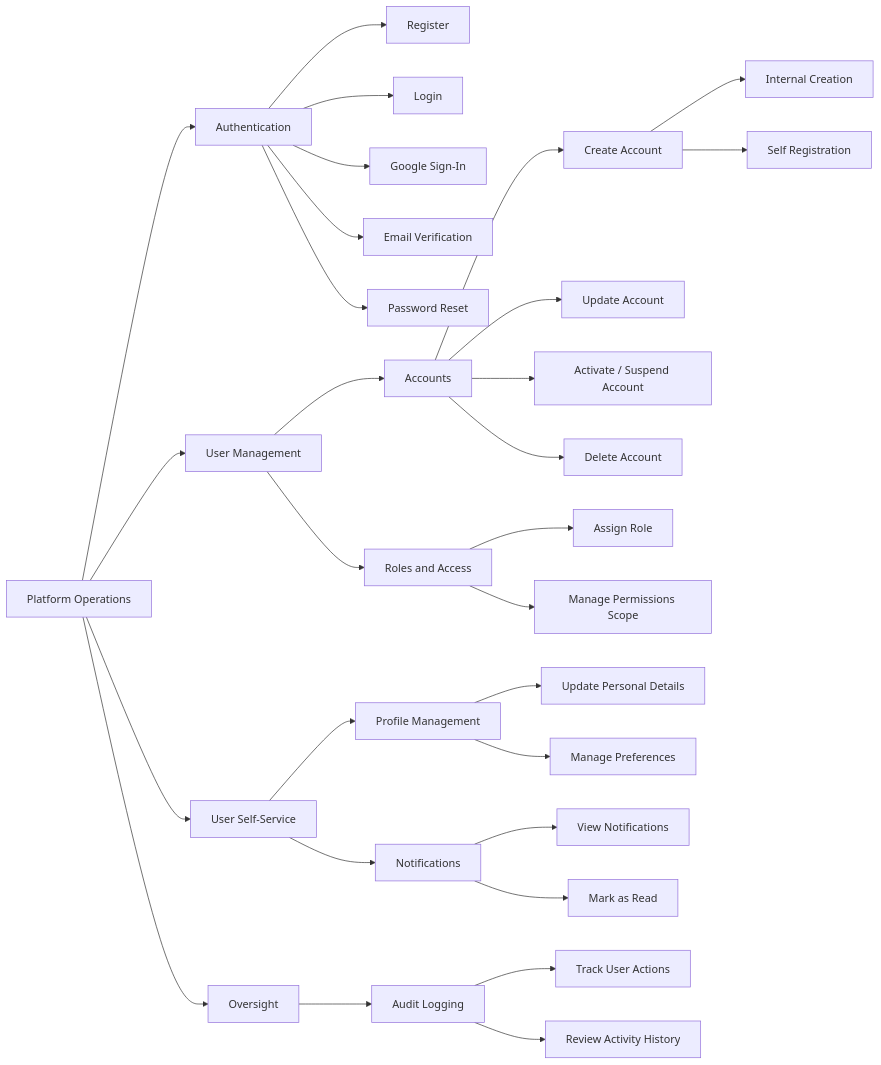
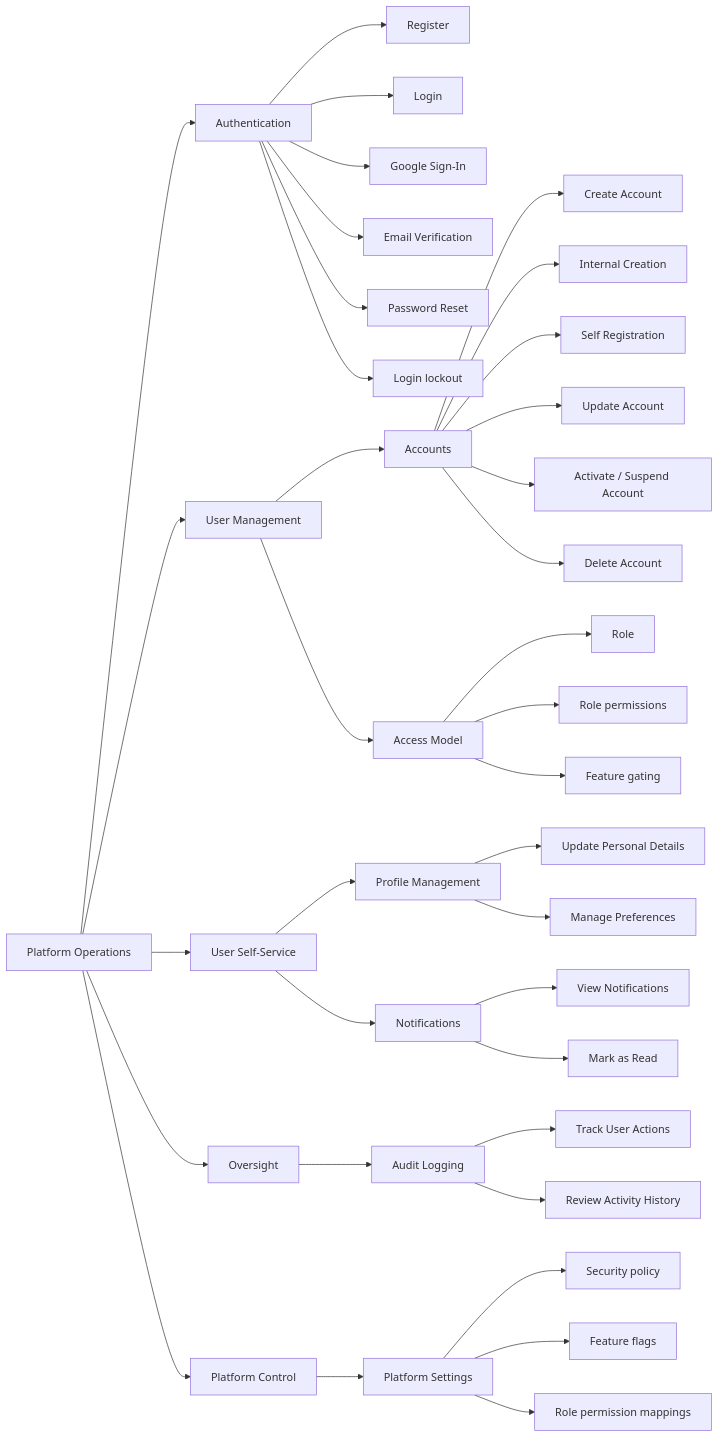
The diagram in docs/Conceptual Diag.md (atenatiwosgetachew1-ET/Basecode-Portal), drawn with Mermaid before and after one commit. The commit also changed 31 other files, not shown here.

````diff
--- a/docs/Conceptual Diag.md
+++ b/docs/Conceptual Diag.md
@@ -3,39 +3,47 @@
 ```mermaid
 flowchart LR
   A["Platform Operations"]
 
   A --> B["Authentication"]
   A --> C["User Management"]
   A --> D["User Self-Service"]
   A --> E["Oversight"]
+  A --> F["Platform Control"]
 
   B --> B1["Register"]
   B --> B2["Login"]
   B --> B3["Google Sign-In"]
   B --> B4["Email Verification"]
   B --> B5["Password Reset"]
+  B --> B6["Login lockout"]
 
   C --> C1["Accounts"]
   C1 --> C1a["Create Account"]
-  C1a --> C1b["Internal Creation"]
-  C1a --> C1c["Self Registration"]
+  C1 --> C1b["Internal Creation"]
+  C1 --> C1c["Self Registration"]
   C1 --> C1d["Update Account"]
   C1 --> C1e["Activate / Suspend Account"]
   C1 --> C1f["Delete Account"]
 
-  C --> C2["Roles and Access"]
-  C2 --> C2a["Assign Role"]
-  C2 --> C2b["Manage Permissions Scope"]
+  C --> C2["Access Model"]
+  C2 --> C2a["Role"]
+  C2 --> C2b["Role permissions"]
+  C2 --> C2c["Feature gating"]
 
   D --> D1["Profile Management"]
   D1 --> D1a["Update Personal Details"]
   D1 --> D1b["Manage Preferences"]
 
   D --> D2["Notifications"]
   D2 --> D2a["View Notifications"]
   D2 --> D2b["Mark as Read"]
 
   E --> E1["Audit Logging"]
   E1 --> E1a["Track User Actions"]
   E1 --> E1b["Review Activity History"]
+
+  F --> F1["Platform Settings"]
+  F1 --> F1a["Security policy"]
+  F1 --> F1b["Feature flags"]
+  F1 --> F1c["Role permission mappings"]
 ```
````
